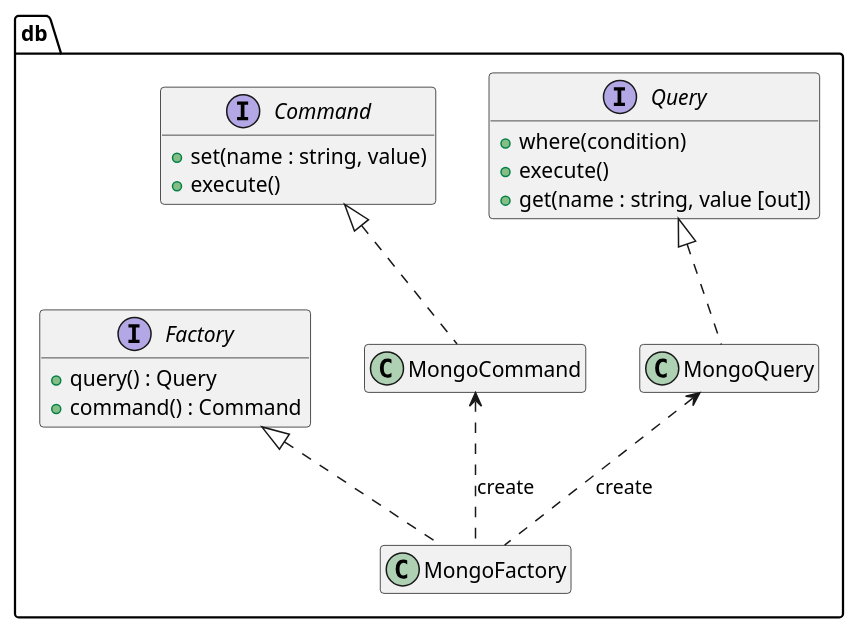
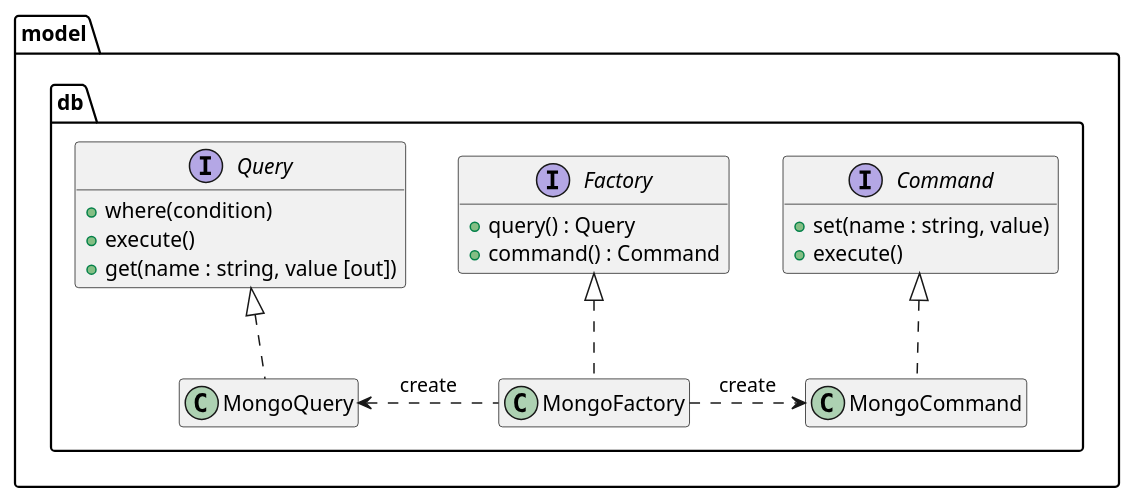
One commit to bonewell/moneybox changed the diagram in uml/db-wrapper-class.puml. Above: the diagram before and after it, drawn with PlantUML. The commit also changed 13 other files, not shown here.

```diff
--- a/uml/db-wrapper-class.puml
+++ b/uml/db-wrapper-class.puml
@@ -1,28 +1,28 @@
 @startuml
 hide empty members
-namespace db {
+namespace model.db {
     interface Query {
         + where(condition)
         + execute()
         + get(name : string, value [out])
     }
+    interface Factory {
+        + query() : Query
+        + command() : Command
+    }
     interface Command {
         + set(name : string, value)
         + execute()
     }
-    interface Factory {
-        + query() : Query
-        + command() : Command
-    }
-    class MongoCommand
     class MongoQuery
     class MongoFactory
+    class MongoCommand
 
 
     Query <|.. MongoQuery
+    Factory <|.. MongoFactory
     Command <|.. MongoCommand
-    Factory <|.. MongoFactory
-    MongoCommand <.. MongoFactory : create
-    MongoQuery <.. MongoFactory : create
+    MongoQuery <. MongoFactory : create
+    MongoFactory .> MongoCommand : create
 }
 @enduml
```
